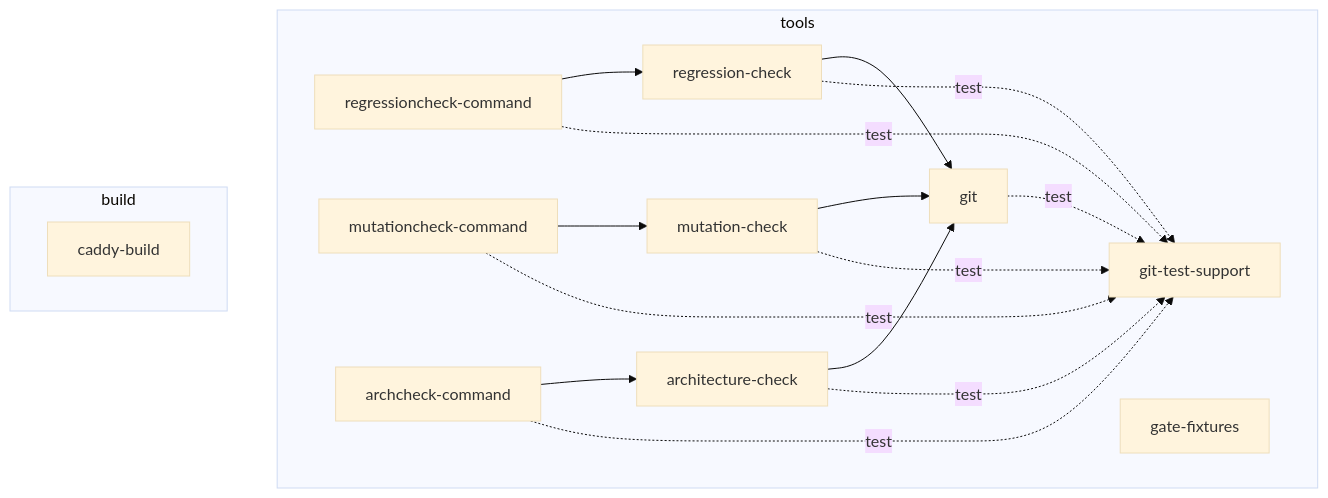
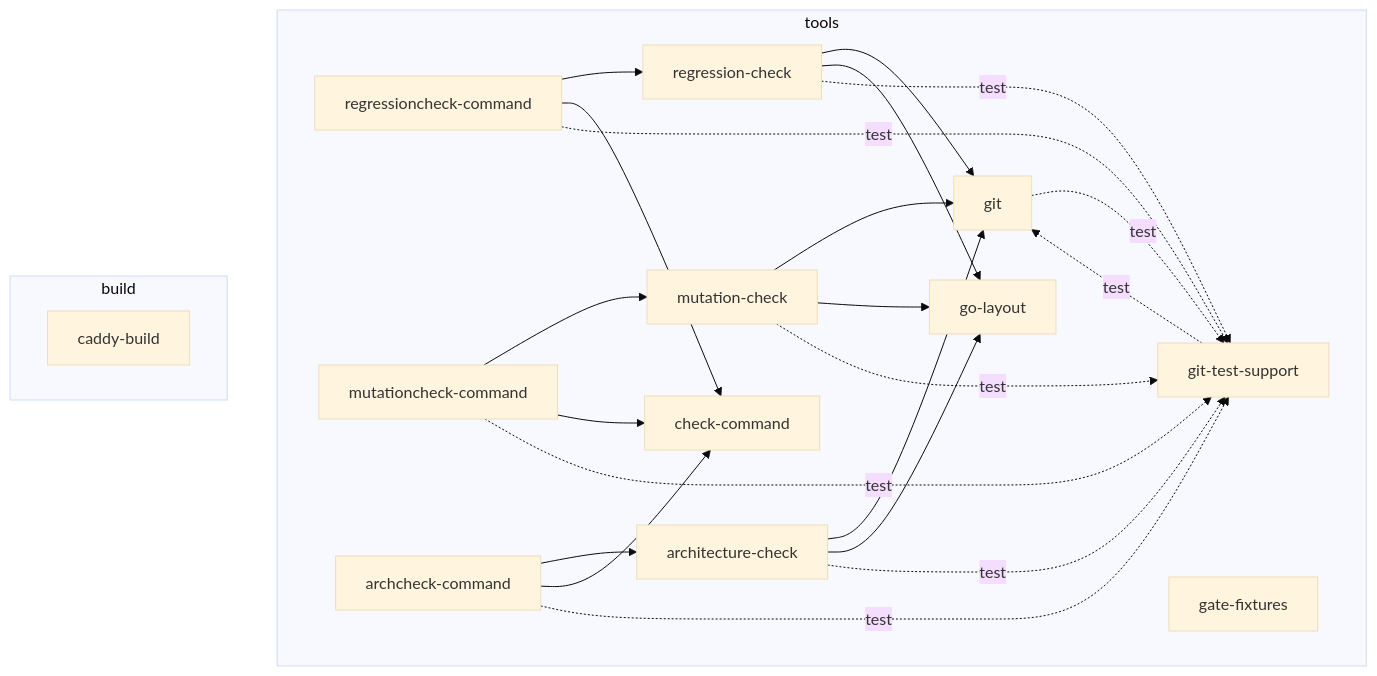
Before and after one commit to OpenRAE/lilrae: the diagram in docs/architecture/go-architecture.md, drawn with Mermaid (base theme). The commit also changed 23 other files, not shown here.

First line of the commit message:
fix(tools): apply the audit of the architecture check

````diff
--- a/docs/architecture/go-architecture.md
+++ b/docs/architecture/go-architecture.md
@@ -17,30 +17,39 @@
 ```mermaid
 flowchart TB
     subgraph layer_tools[tools]
         component_regressioncheck_command[regressioncheck-command]
         component_mutationcheck_command[mutationcheck-command]
         component_archcheck_command[archcheck-command]
         component_regression_check[regression-check]
         component_mutation_check[mutation-check]
         component_architecture_check[architecture-check]
+        component_check_command[check-command]
+        component_go_layout[go-layout]
         component_git[git]
         component_git_test_support[git-test-support]
         component_gate_fixtures[gate-fixtures]
     end
     subgraph layer_build[build]
         component_caddy_build[caddy-build]
     end
     component_regressioncheck_command --> component_regression_check
+    component_regressioncheck_command --> component_check_command
     component_regressioncheck_command -. test .-> component_git_test_support
     component_mutationcheck_command --> component_mutation_check
+    component_mutationcheck_command --> component_check_command
     component_mutationcheck_command -. test .-> component_git_test_support
     component_archcheck_command --> component_architecture_check
+    component_archcheck_command --> component_check_command
     component_archcheck_command -. test .-> component_git_test_support
     component_regression_check --> component_git
+    component_regression_check --> component_go_layout
     component_regression_check -. test .-> component_git_test_support
     component_mutation_check --> component_git
+    component_mutation_check --> component_go_layout
     component_mutation_check -. test .-> component_git_test_support
     component_architecture_check --> component_git
+    component_architecture_check --> component_go_layout
     component_architecture_check -. test .-> component_git_test_support
     component_git -. test .-> component_git_test_support
+    component_git_test_support -. test .-> component_git
 ```
````
